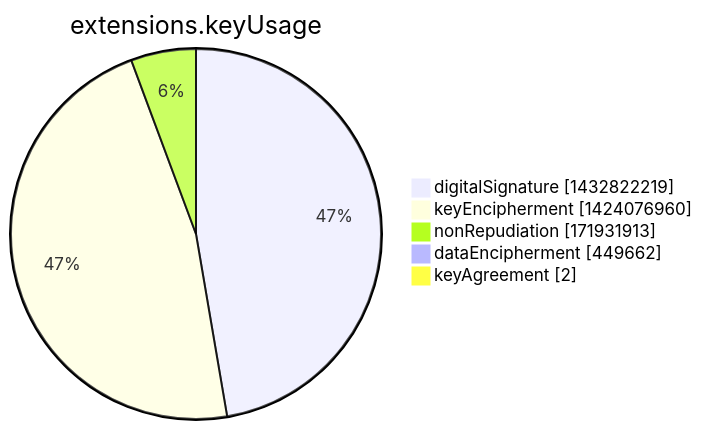
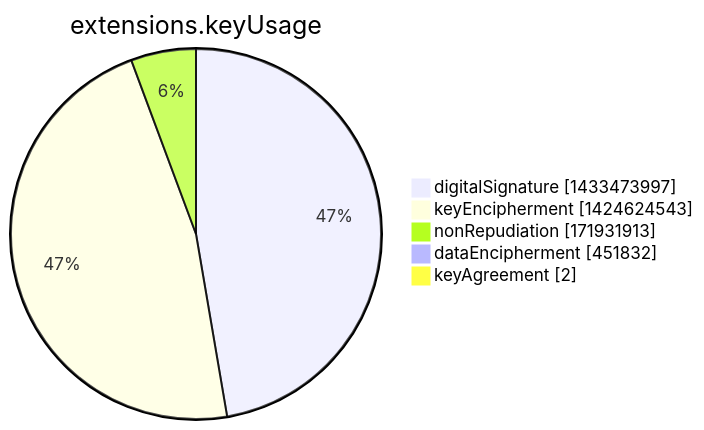
The seventh of 15 diagrams in argon2022/README.md (christiankrug/ctmonitor_visualization), drawn with Mermaid before and after one commit. The commit also changed other lines of this file, not shown here.

````diff
--- a/argon2022/README.md
+++ b/argon2022/README.md
@@ -2751,9 +2751,9 @@
 ```mermaid
 pie showData
 title extensions.keyUsage
-"digitalSignature" :1432822219
-"keyEncipherment" :1424076960
+"digitalSignature" :1433473997
+"keyEncipherment" :1424624543
 "nonRepudiation" :171931913
-"dataEncipherment" :449662
+"dataEncipherment" :451832
 "keyAgreement" :2
 ```
````
